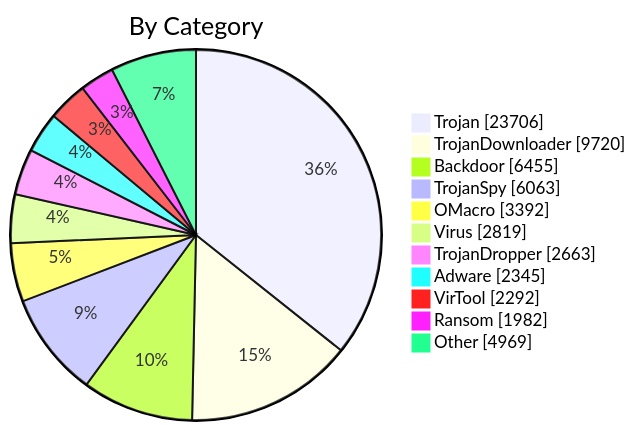
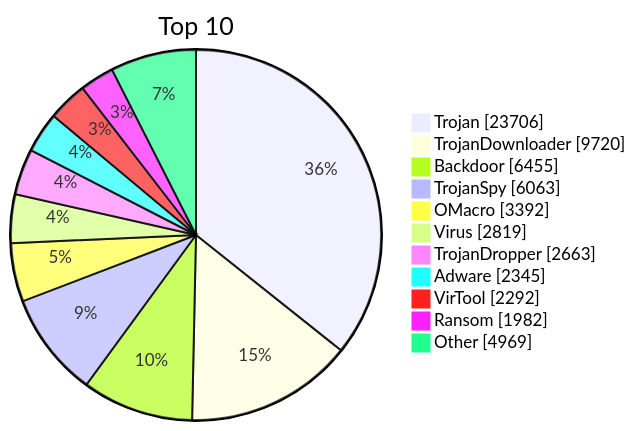
One commit to JerryLinLinLin/huorong-virdb-changelog changed the diagram in README.md. Above: the diagram before and after it, drawn with Mermaid. The commit also changed other lines of this file and 1 other file, not shown here.

````diff
--- a/README.md
+++ b/README.md
@@ -18,15 +18,15 @@
 ```mermaid
 pie showData
-    title By Category
+    title Top 10
     "Trojan" : 23706
     "TrojanDownloader" : 9720
     "Backdoor" : 6455
     "TrojanSpy" : 6063
     "OMacro" : 3392
     "Virus" : 2819
     "TrojanDropper" : 2663
     "Adware" : 2345
     "VirTool" : 2292
     "Ransom" : 1982
     "Other" : 4969
 ```
````
